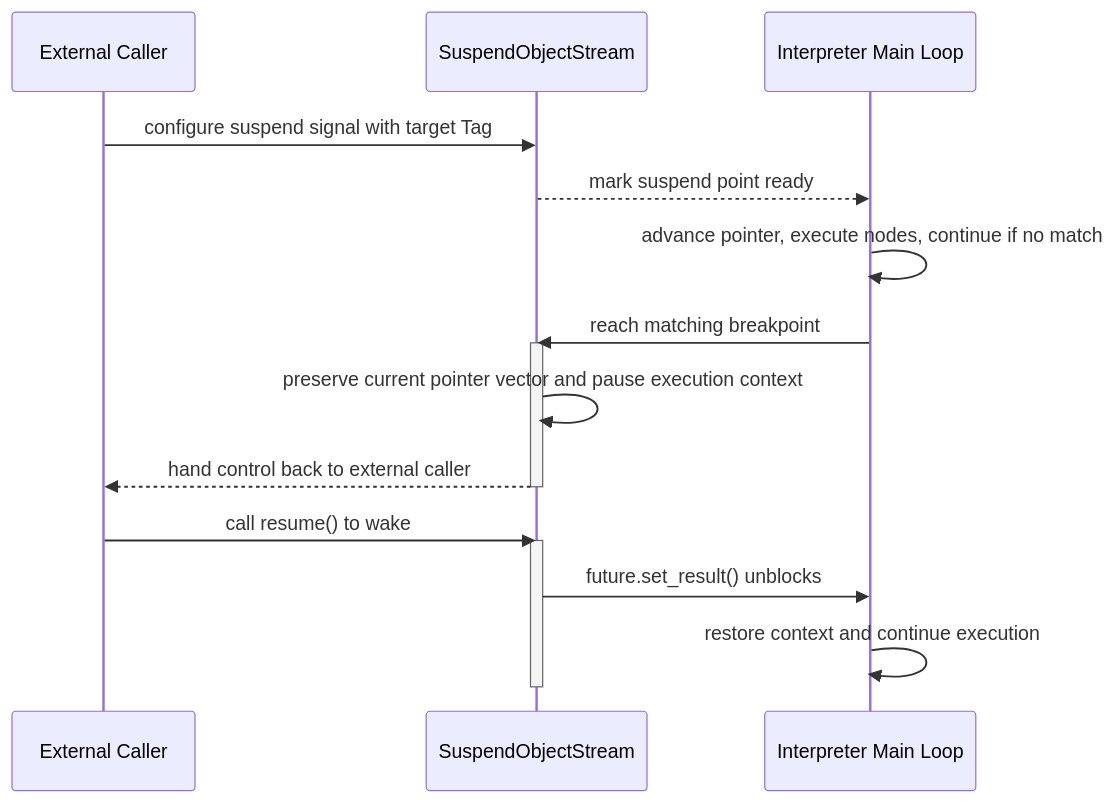
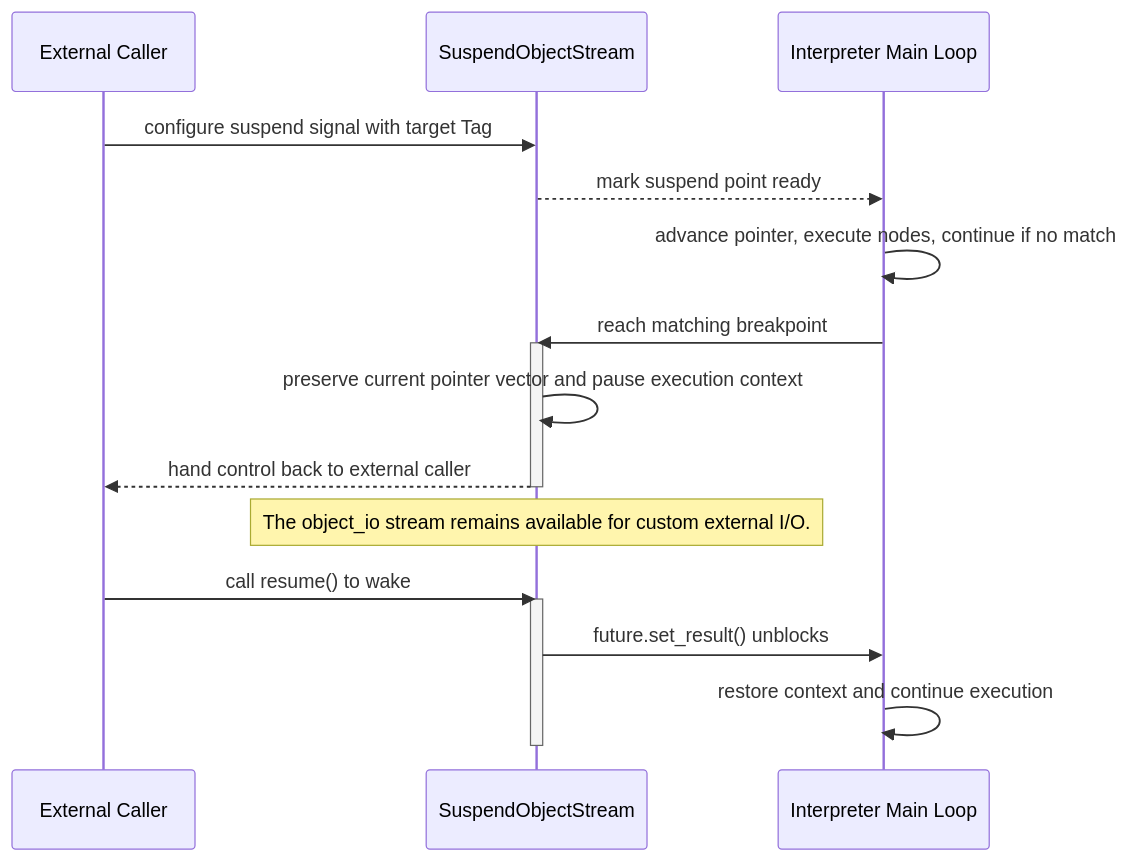
Before and after one commit to AmritaBot/AmritaSense: the diagram in docs/guide/concepts/exec_and_interrupt.md, drawn with Mermaid. The commit also changed other lines of this file and 66 other files, not shown here.

````diff
--- a/docs/guide/concepts/exec_and_interrupt.md
+++ b/docs/guide/concepts/exec_and_interrupt.md
@@ -41,22 +35,24 @@
 ```mermaid
 sequenceDiagram
     participant Outer as External Caller
     participant SOS as SuspendObjectStream
     participant Inner as Interpreter Main Loop
 
     Outer->>SOS: configure suspend signal with target Tag
     SOS-->>Inner: mark suspend point ready
     Inner->>Inner: advance pointer, execute nodes, continue if no match
 
     Inner->>SOS: reach matching breakpoint
     activate SOS
     SOS->>SOS: preserve current pointer vector and pause execution context
     SOS-->>Outer: hand control back to external caller
     deactivate SOS
 
+    note over SOS: The object_io stream remains available for custom external I/O.
+
     Outer->>SOS: call resume() to wake
     activate SOS
     SOS->>Inner: future.set_result() unblocks
     Inner->>Inner: restore context and continue execution
     deactivate SOS
 ```
````
